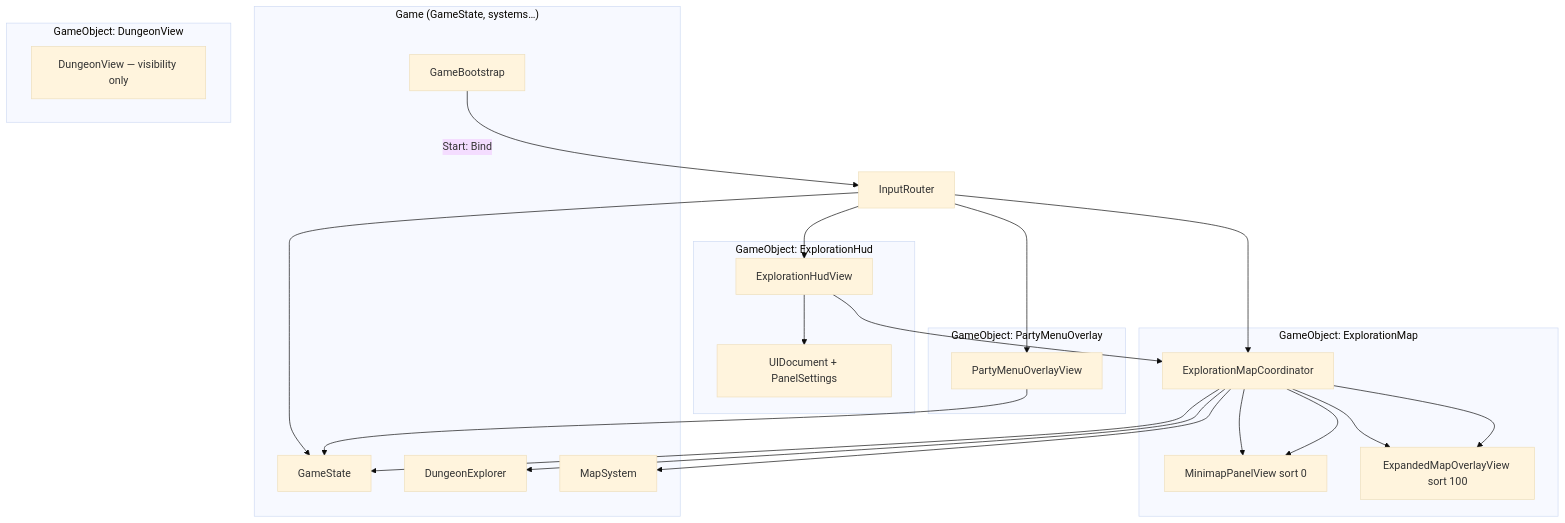
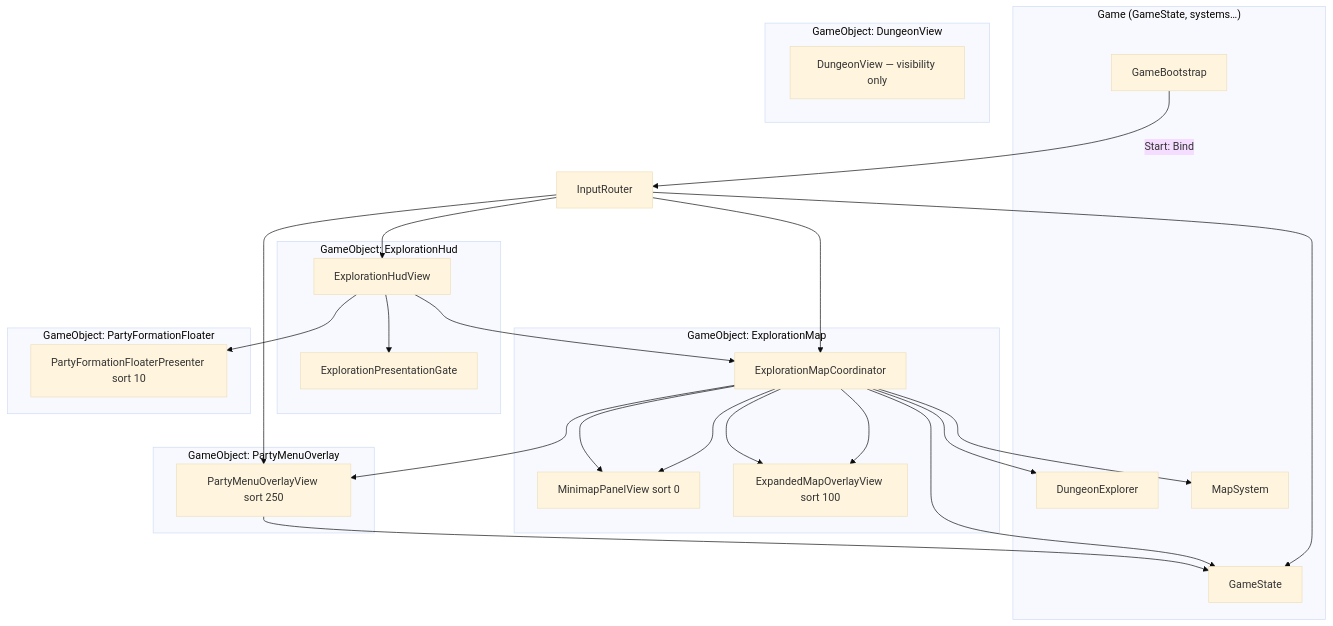
The first of 5 diagrams in docs/02-systems/exploration-ui.md (miramocha/griddungeon-design-docs), drawn with Mermaid (base theme) before and after one commit. The commit also changed other lines of this file and 7 other files, not shown here.

````diff
--- a/docs/02-systems/exploration-ui.md
+++ b/docs/02-systems/exploration-ui.md
@@ -39,46 +40,52 @@
 ```mermaid
 flowchart TB
     subgraph GameRoot["Game (GameState, systems…)"]
         GS[GameState]
         EX[DungeonExplorer]
         MS[MapSystem]
         GB[GameBootstrap]
     end
 
     subgraph ExplorationHudGO["GameObject: ExplorationHud"]
-        DOC[UIDocument + PanelSettings]
         EHV[ExplorationHudView]
+        EPG[ExplorationPresentationGate]
     end
 
     subgraph ExplorationMapGO["GameObject: ExplorationMap"]
         EMC[ExplorationMapCoordinator]
         MM[MinimapPanelView sort 0]
         EXP[ExpandedMapOverlayView sort 100]
         EMC --> MM
         EMC --> EXP
     end
 
+    subgraph PartyFloaterGO["GameObject: PartyFormationFloater"]
+        PFF[PartyFormationFloaterPresenter sort 10]
+    end
+
     subgraph PartyMenuGO["GameObject: PartyMenuOverlay"]
-        PMO[PartyMenuOverlayView]
+        PMO[PartyMenuOverlayView sort 250]
     end
 
     subgraph World["GameObject: DungeonView"]
         DV[DungeonView — visibility only]
     end
 
     IR[InputRouter]
 
     GB -->|Start: Bind| IR
     IR --> GS
-    EHV --> DOC
     EHV --> EMC
+    EHV --> PFF
+    EHV --> EPG
     EMC --> GS
     EMC --> EX
     EMC --> MS
     EMC --> MM
     EMC --> EXP
+    EMC --> PMO
     PMO --> GS
     IR --> EHV
     IR --> EMC
     IR --> PMO
 ```
````
